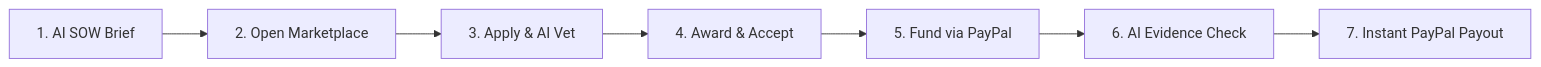
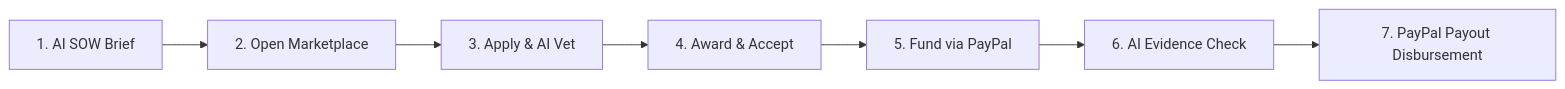
The first of 2 diagrams in README.md (brianproducedit/trustbroker_ai), drawn with Mermaid before and after one commit. The commit also changed other lines of this file and 3 other files, not shown here.

````diff
--- a/README.md
+++ b/README.md
@@ -35,9 +35,9 @@
 ```mermaid
 flowchart LR
     A["1. AI SOW Brief"] --> B["2. Open Marketplace"]
     B --> C["3. Apply & AI Vet"]
     C --> D["4. Award & Accept"]
     D --> E["5. Fund via PayPal"]
     E --> F["6. AI Evidence Check"]
-    F --> G["7. Instant PayPal Payout"]
+    F --> G["7. PayPal Payout Disbursement"]
 ```
````
